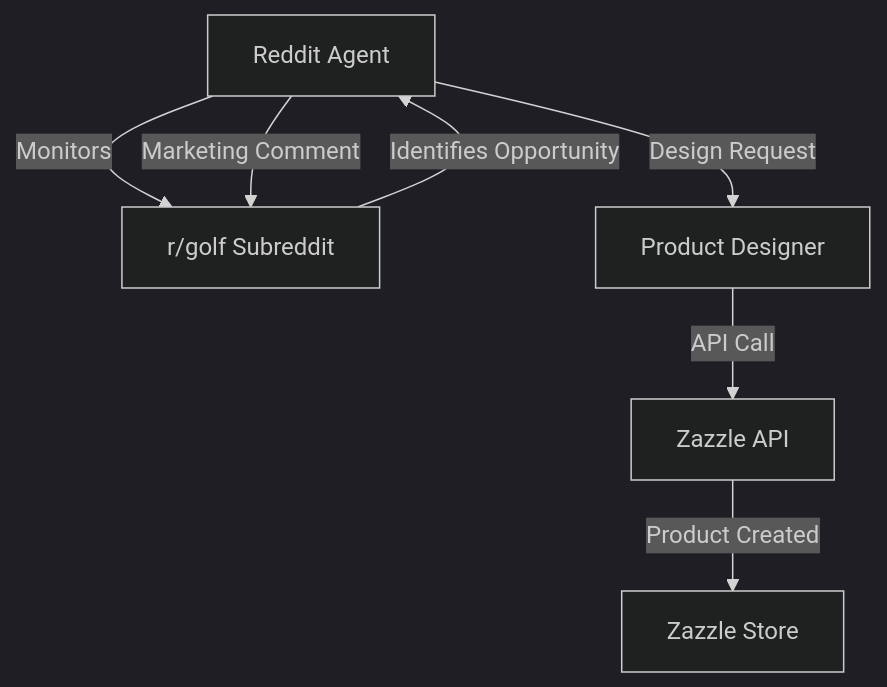
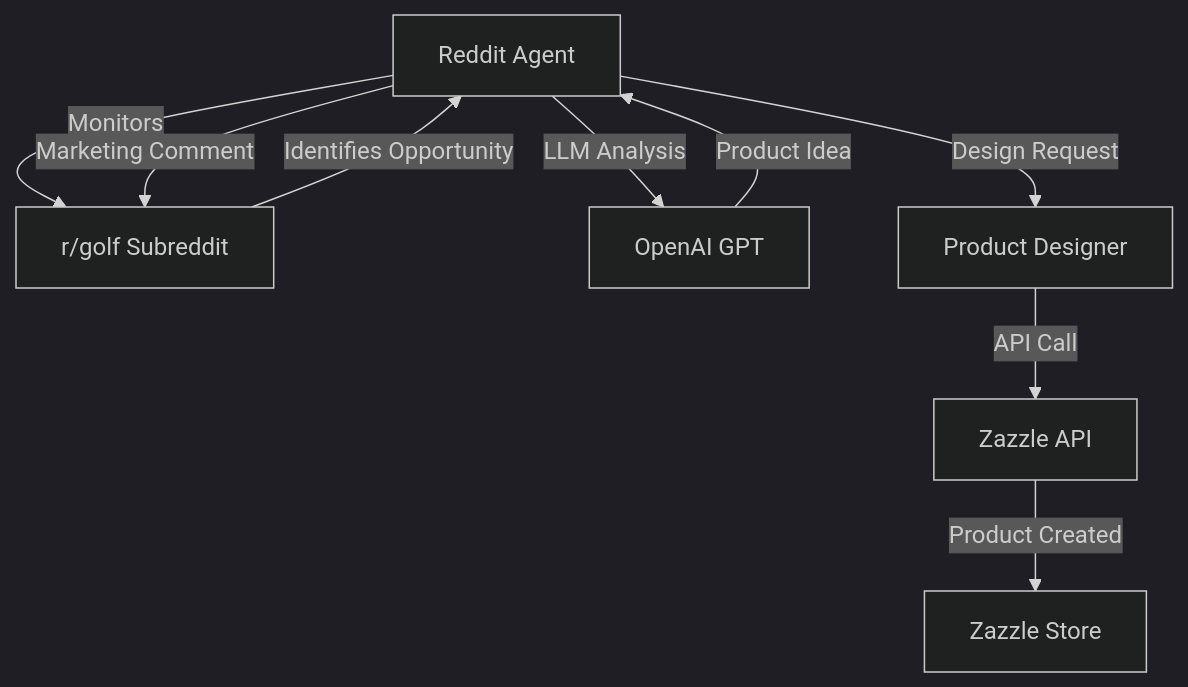
The diagram in README.md (sctennis77/zazzle-agent), drawn with Mermaid (dark theme) before and after one commit. The commit also changed other lines of this file and 4 other files, not shown here.

Commit message:
feat: improve URL encoding and update documentation - Update product_designer.py to properly handle URL encoding of text parameters - Update README.md to reflect current state including LLM integration - Update tests to handle dynamic LLM-generated themes - Remove .coverage from git tracking

````diff
--- a/README.md
+++ b/README.md
@@ -28,9 +29,11 @@
 ```mermaid
 graph TD
     A[Reddit Agent] -->|Monitors| B[r/golf Subreddit]
     B -->|Identifies Opportunity| A
+    A -->|LLM Analysis| F[OpenAI GPT]
+    F -->|Product Idea| A
     A -->|Design Request| C[Product Designer]
     C -->|API Call| D[Zazzle API]
     D -->|Product Created| E[Zazzle Store]
     A -->|Marketing Comment| B
 ```
````
